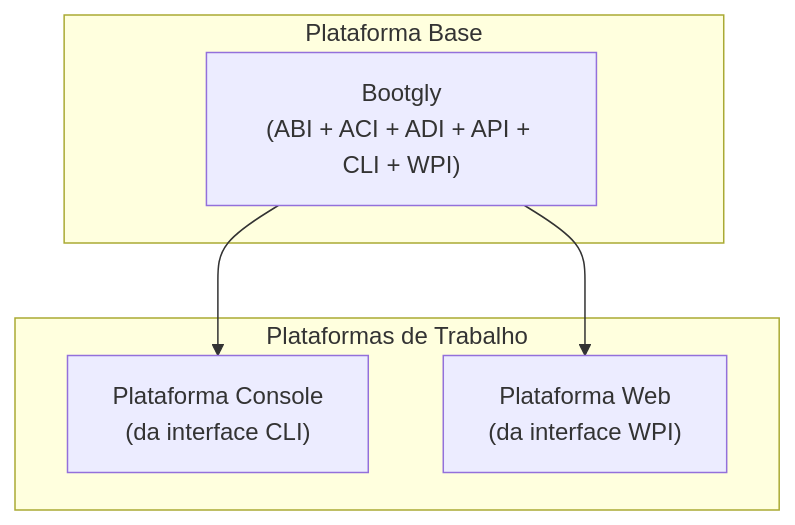
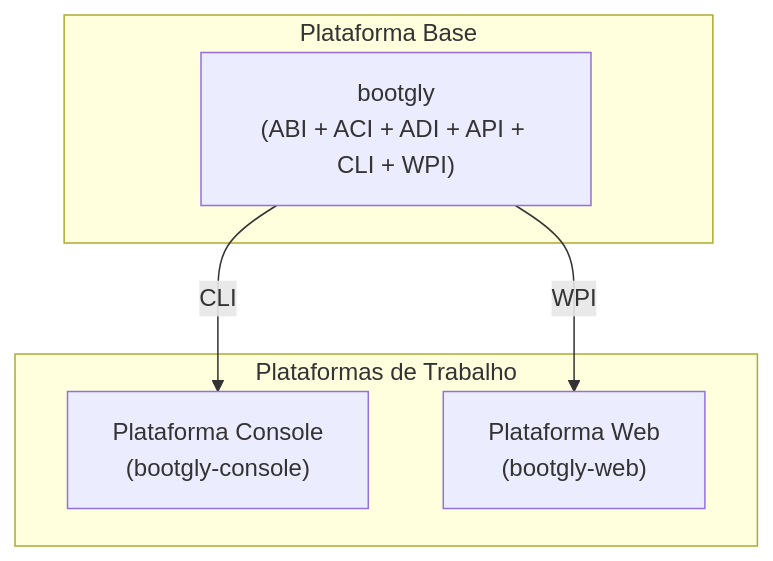
The second of 2 diagrams in src/pages/manual/Bootgly/basic/architecture.overview.pt-BR.md (bootgly/bootgly_docs), drawn with Mermaid before and after one commit. The commit also changed other lines of this file and 1 other file, not shown here.

Commit message:
docs: update architecture pages

````diff
--- a/src/pages/manual/Bootgly/basic/architecture.overview.pt-BR.md
+++ b/src/pages/manual/Bootgly/basic/architecture.overview.pt-BR.md
@@ -69,12 +121,12 @@
 ```mermaid
 graph TB
   subgraph Base["Plataforma Base"]
-    Bootgly["Bootgly\n(ABI + ACI + ADI + API + CLI + WPI)"]
+    Bootgly["bootgly\n(ABI + ACI + ADI + API + CLI + WPI)"]
   end
   subgraph Working["Plataformas de Trabalho"]
-    Console["Plataforma Console\n(da interface CLI)"]
-    Web["Plataforma Web\n(da interface WPI)"]
+    Console["Plataforma Console\n(bootgly-console)"]
+    Web["Plataforma Web\n(bootgly-web)"]
   end
-  Bootgly --> Console
-  Bootgly --> Web
+  Bootgly -- CLI --> Console
+  Bootgly -- WPI --> Web
 ```
````
